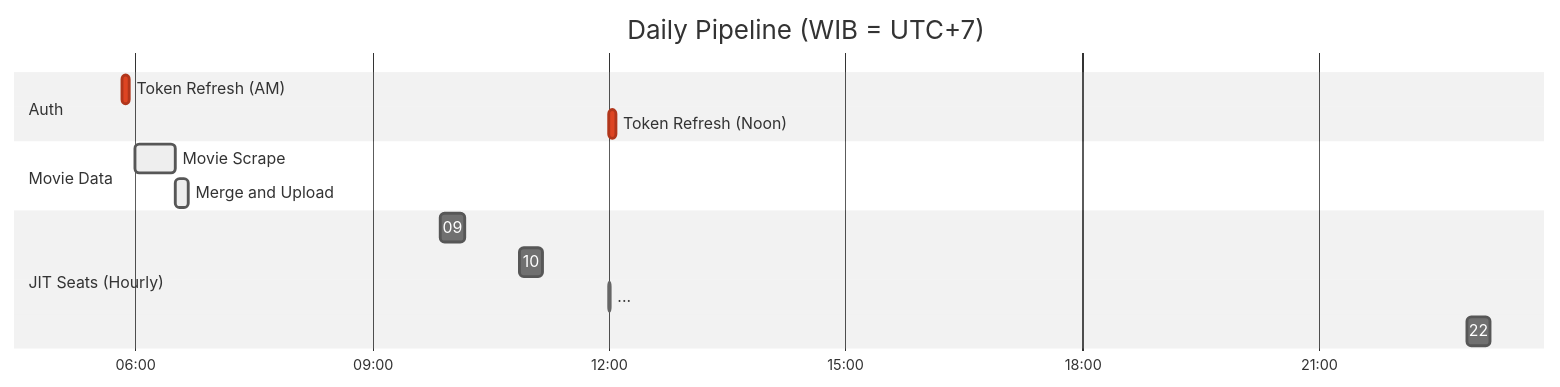
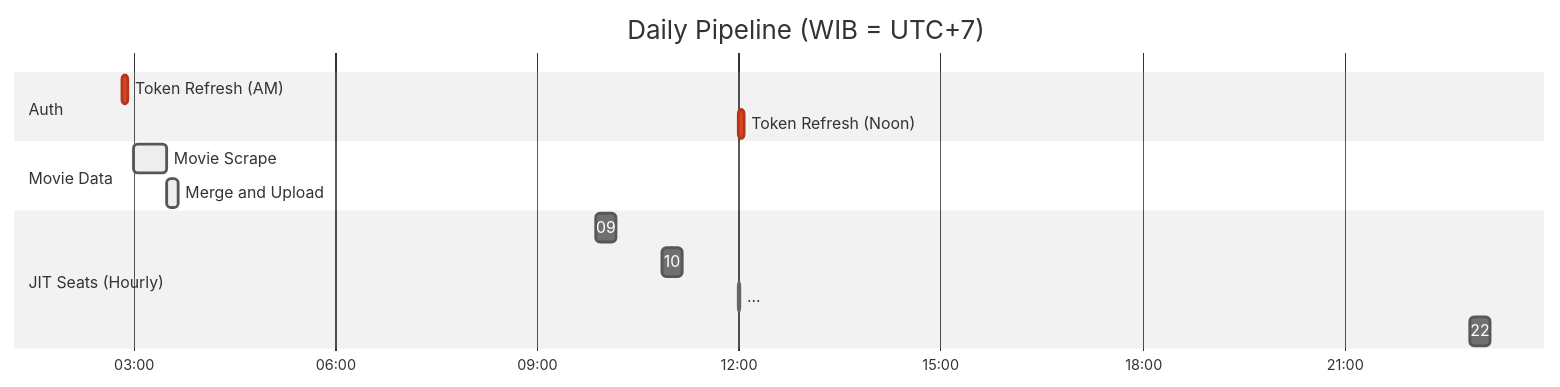
Before and after one commit to okihita/CineRadar: the first of 5 diagrams in docs/03_daily_pipeline.md, drawn with Mermaid (neutral theme). The commit also changed other lines of this file and 3 other files, not shown here.

````diff
--- a/docs/03_daily_pipeline.md
+++ b/docs/03_daily_pipeline.md
@@ -19,20 +19,20 @@
 ```mermaid
 gantt
     title Daily Pipeline (WIB = UTC+7)
     dateFormat HH:mm
     axisFormat %H:%M
     
     section Auth
-    Token Refresh (AM)   :crit, 05:50, 5m
+    Token Refresh (AM)   :crit, 02:50, 5m
     Token Refresh (Noon) :crit, 12:00, 5m
 
     section Movie Data
-    Movie Scrape         :active, 06:00, 30m
-    Merge and Upload     :active, 06:30, 10m
+    Movie Scrape         :active, 03:00, 30m
+    Merge and Upload     :active, 03:30, 10m
 
     section JIT Seats (Hourly)
     09:52 JIT Scrape     :active, 09:52, 18m
     10:52 JIT Scrape     :active, 10:52, 18m
     ...                  :done, 12:00, 1m
     22:52 JIT Scrape     :active, 22:52, 18m
 ```
````
